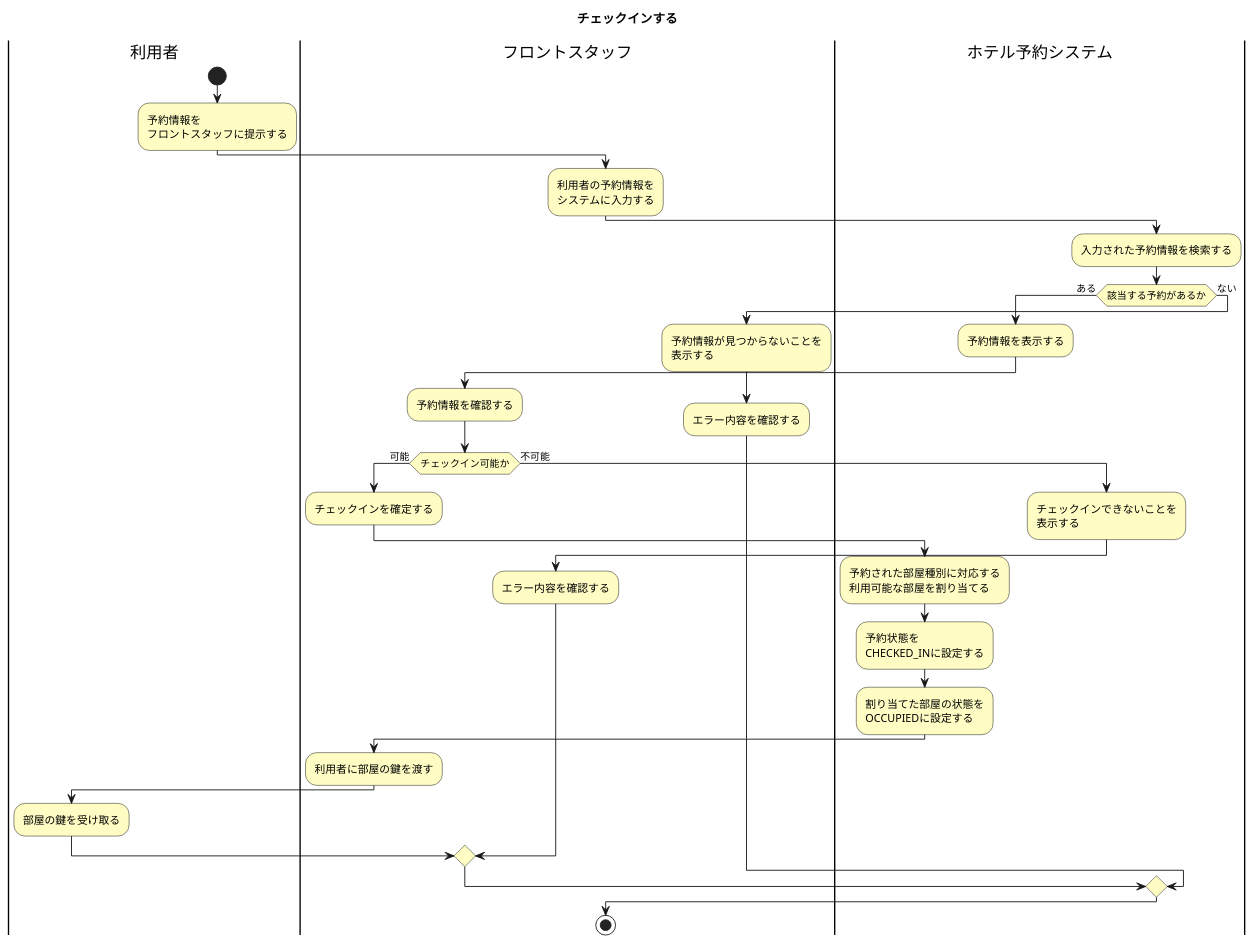
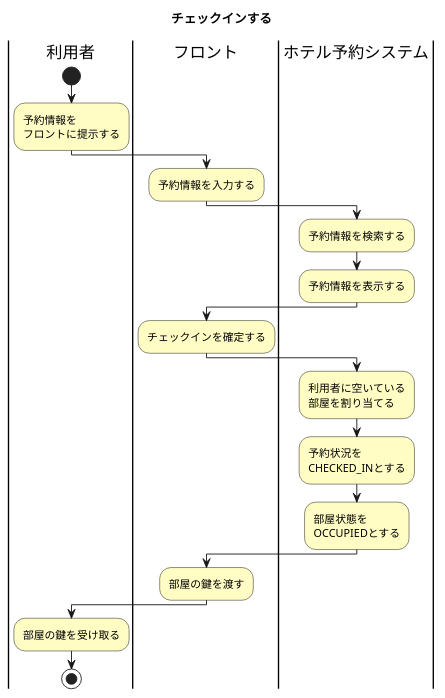
The diagram in diagrams/activ_checkin.puml (SMatsuda3/hrs-team-project), drawn with PlantUML before and after one commit. The commit also changed 5 other files, not shown here.

Commit message:
update activity diagram

```diff
--- a/diagrams/activ_checkin.puml
+++ b/diagrams/activ_checkin.puml
@@ -1,136 +1,100 @@
 @startuml
 
 /'
 ユースケース：チェックインする
 
 アクタ：
-フロントスタッフ
+フロント
 
 目的：
-フロントスタッフが利用者の予約情報を確認し、
-利用者を予約済みの部屋種別に対応する部屋へチェックインさせる。
+フロントが利用者の予約情報を確認し、
+利用者に部屋を割り当ててチェックイン処理を行う。
 
 事前条件：
-・利用者が有効な予約を行っている。
+・利用者が予約を行っている。
+・利用者の予約情報がシステムに登録されている。
 ・予約状態が RESERVED である。
-・利用者に割り当て可能な部屋が存在する。
+・予約した部屋種別に、割り当て可能な部屋が存在する。
 
 事後条件：
-・利用者に具体的な部屋が割り当てられている。
+・利用者に部屋が割り当てられている。
 ・予約状態が CHECKED_IN になっている。
 ・割り当てられた部屋の状態が OCCUPIED になっている。
-・利用者に部屋の鍵が渡されている。
+・利用者が部屋の鍵を受け取っている。
 
 基本系列：
-1. 利用者は、予約番号などの予約情報をフロントスタッフに提示する。
+1. 利用者は、予約情報をフロントに提示する。
 
-2. フロントスタッフは、提示された予約情報をシステムに入力する。
+2. フロントは、利用者から提示された予約情報を
+   ホテル予約システムに入力する。
 
-3. システムは、入力された予約情報を検索する。
+3. ホテル予約システムは、入力された予約情報を検索する。
 
-4. システムは、該当する予約情報を表示する。
+4. ホテル予約システムは、該当する予約情報を表示する。
 
-5. フロントスタッフは、表示された予約情報を確認し、
+5. フロントは、表示された予約情報を確認し、
    チェックインを確定する。
 
-6. システムは、予約された部屋種別に対応する
-   利用可能な部屋を利用者に割り当てる。
+6. ホテル予約システムは、利用者に割り当て可能な
+   空いている部屋を割り当てる。
 
-7. システムは、予約状態を CHECKED_IN に設定する。
+7. ホテル予約システムは、予約状態を
+   CHECKED_IN に設定する。
 
-8. システムは、割り当てた部屋の状態を OCCUPIED に設定する。
+8. ホテル予約システムは、割り当てた部屋の状態を
+   OCCUPIED に設定する。
 
-9. フロントスタッフは、利用者に割り当てられた部屋の鍵を渡す。
+9. フロントは、利用者に割り当てられた部屋の鍵を渡す。
 
-10. 利用者は、部屋の鍵を受け取る。
-
-代替系列：
-3a. 入力された予約情報に該当する予約が存在しない場合、
-    システムは予約が見つからないことを表示する。
-
-4a. 予約状態が RESERVED ではない場合、
-    システムはチェックインできないことを表示する。
-
-6a. 割り当て可能な部屋が存在しない場合、
-    システムは部屋を割り当てられないことを表示する。
+10. 利用者は、フロントから部屋の鍵を受け取る。
 '/
 
 title チェックインする
 
 skinparam shadowing false
 
 skinparam activity {
   BackgroundColor #FFFDC4
   BorderColor Black
   FontColor Black
-  DiamondBackgroundColor #FFFDC4
-  DiamondBorderColor Black
 }
 
 |利用者|
 
 start
 
-:予約情報を\nフロントスタッフに提示する;
+:予約情報を\nフロントに提示する;
 
-|フロントスタッフ|
+|フロント|
 
-:利用者の予約情報を\nシステムに入力する;
+:予約情報を入力する;
 
 |ホテル予約システム|
 
-:入力された予約情報を検索する;
+:予約情報を検索する;
 
-if (該当する予約があるか) then (ある)
+:予約情報を表示する;
 
-  :予約情報を表示する;
+|フロント|
 
-  |フロントスタッフ|
+:チェックインを確定する;
 
-  :予約情報を確認する;
+|ホテル予約システム|
 
-  if (チェックイン可能か) then (可能)
+:利用者に空いている\n部屋を割り当てる;
 
-    :チェックインを確定する;
+:予約状況を\nCHECKED_INとする;
 
-    |ホテル予約システム|
+:部屋状態を\nOCCUPIEDとする;
 
-    :予約された部屋種別に対応する\n利用可能な部屋を割り当てる;
+|フロント|
 
-    :予約状態を\nCHECKED_INに設定する;
+:部屋の鍵を渡す;
 
-    :割り当てた部屋の状態を\nOCCUPIEDに設定する;
+|利用者|
 
-    |フロントスタッフ|
-
-    :利用者に部屋の鍵を渡す;
-
-    |利用者|
-
-    :部屋の鍵を受け取る;
-
-  else (不可能)
-
-    |ホテル予約システム|
-
-    :チェックインできないことを\n表示する;
-
-    |フロントスタッフ|
-
-    :エラー内容を確認する;
-
-  endif
-
-else (ない)
-
-  :予約情報が見つからないことを\n表示する;
-
-  |フロントスタッフ|
-
-  :エラー内容を確認する;
-
-endif
+:部屋の鍵を受け取る;
 
 stop
 
 @enduml
```
